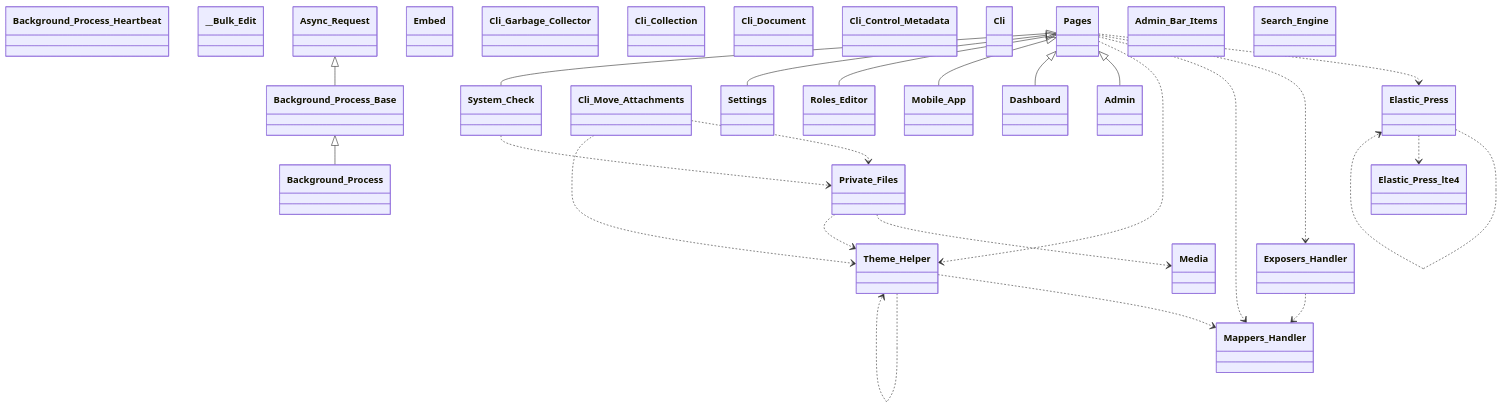
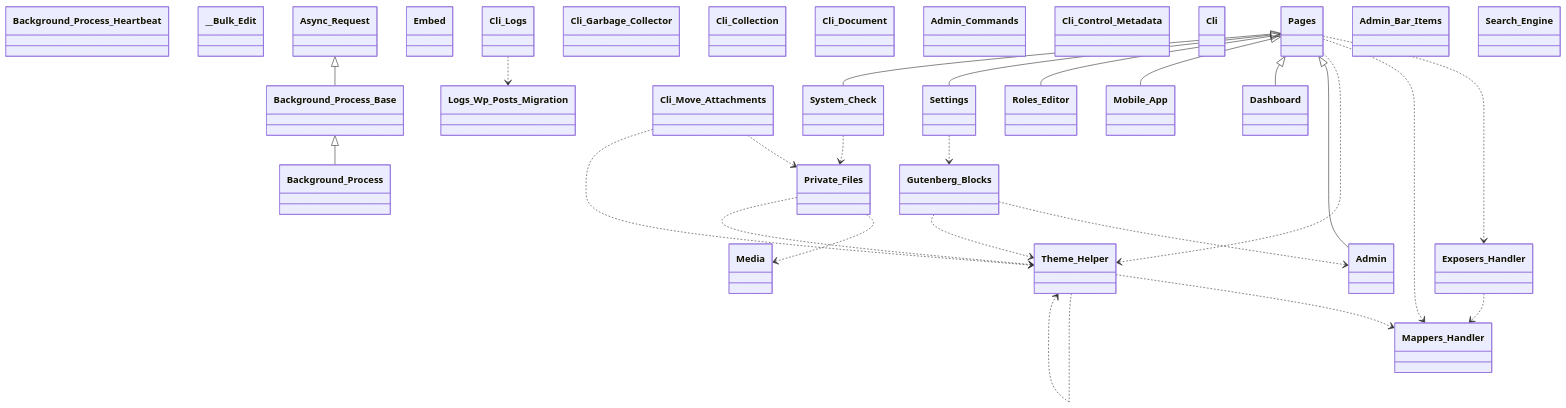
Before and after one commit to tainacan/tainacan: the first of 13 diagrams in docs/phpdoc/Home.md, drawn with Mermaid. The commit also changed other lines of this file and 193 other files, not shown here.

````diff
--- a/docs/phpdoc/Home.md
+++ b/docs/phpdoc/Home.md
@@ -137,54 +125,57 @@
 ```mermaid
 classDiagram
     direction TB
     class Background_Process_Heartbeat { }
     class Private_Files { }
     class __Bulk_Edit { }
     class Async_Request { }
     class Roles_Editor { }
     class Mappers_Handler { }
     class System_Check { }
     class Embed { }
     class Background_Process { }
     class Cli_Move_Attachments { }
-    class Elastic_Press_lte4 { }
+    class Logs_Wp_Posts_Migration { }
+    class Cli_Logs { }
+    class Gutenberg_Blocks { }
     class Cli_Garbage_Collector { }
     class Cli_Collection { }
     class Admin { }
     class Background_Process_Base { }
     class Mobile_App { }
     class Cli_Document { }
     class Settings { }
+    class Admin_Commands { }
     class Cli_Control_Metadata { }
     class Cli { }
     class Theme_Helper { }
     class Pages { }
     class Dashboard { }
-    class Elastic_Press { }
     class Admin_Bar_Items { }
     class Media { }
     class Search_Engine { }
     class Exposers_Handler { }
     Async_Request <|-- Background_Process_Base
     Background_Process_Base <|-- Background_Process
+    Cli_Logs ..> Logs_Wp_Posts_Migration
     Cli_Move_Attachments ..> Private_Files
     Cli_Move_Attachments ..> Theme_Helper
-    Elastic_Press ..> Elastic_Press
-    Elastic_Press ..> Elastic_Press_lte4
     Exposers_Handler ..> Mappers_Handler
-    Pages ..> Elastic_Press
+    Gutenberg_Blocks ..> Admin
+    Gutenberg_Blocks ..> Theme_Helper
     Pages ..> Exposers_Handler
     Pages ..> Mappers_Handler
     Pages ..> Theme_Helper
     Pages <|-- Admin
     Pages <|-- Dashboard
     Pages <|-- Mobile_App
     Pages <|-- Roles_Editor
     Pages <|-- Settings
     Pages <|-- System_Check
     Private_Files ..> Media
     Private_Files ..> Theme_Helper
+    Settings ..> Gutenberg_Blocks
     System_Check ..> Private_Files
     Theme_Helper ..> Mappers_Handler
     Theme_Helper ..> Theme_Helper
 ```
````
